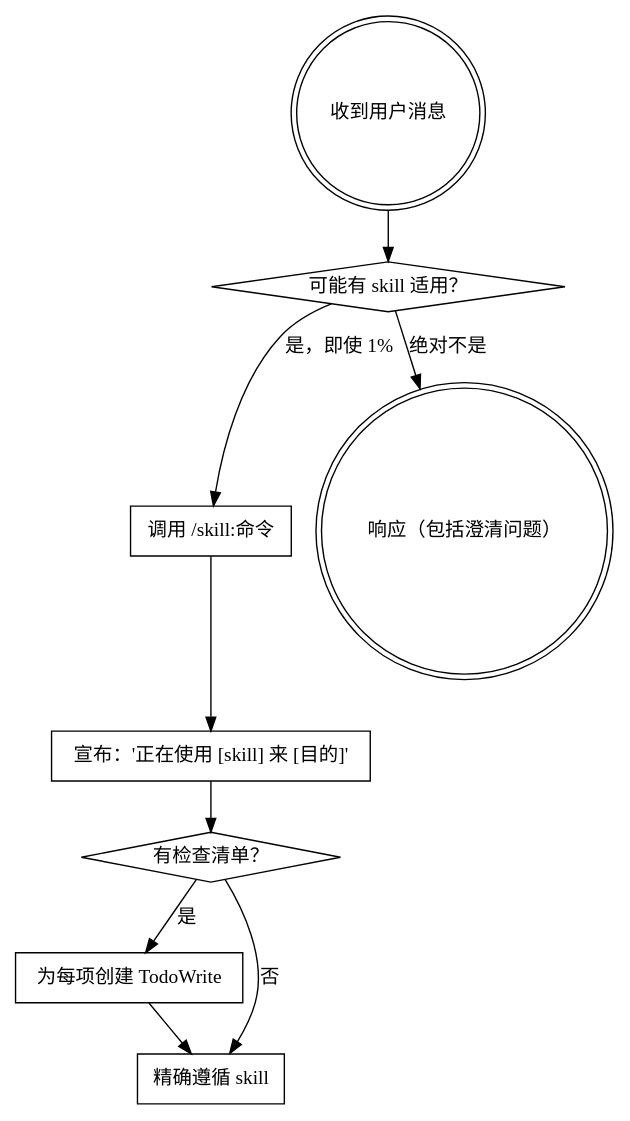
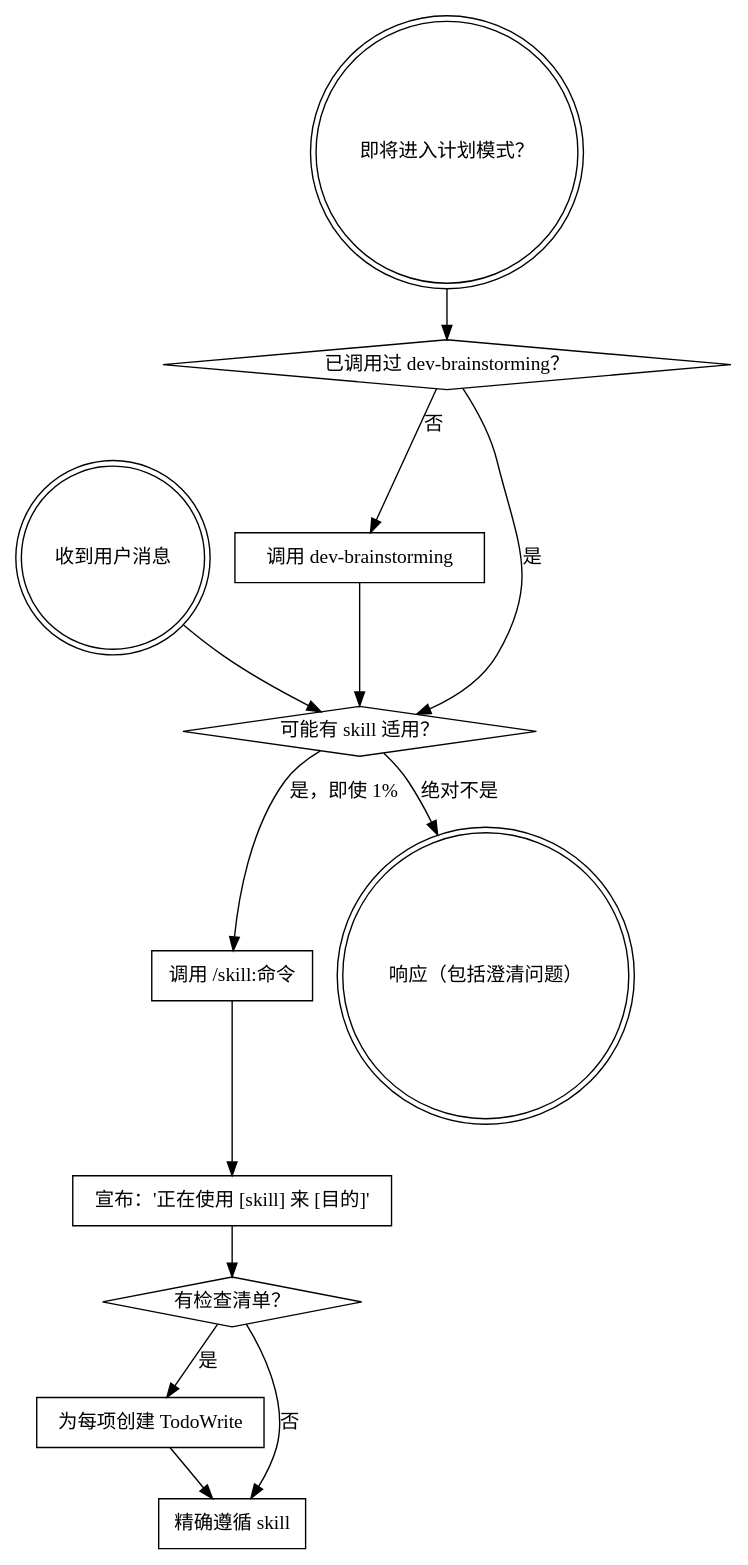
The diagram in skills/dev-using-skills/SKILL.md (moyueheng/coding-everything), drawn with Graphviz before and after one commit. The commit also changed other lines of this file, not shown here.

First line of the commit message:
sync(skills): update dev-using-skills from upstream using-superpowers

````diff
--- a/skills/dev-using-skills/SKILL.md
+++ b/skills/dev-using-skills/SKILL.md
@@ -44,21 +48,29 @@
 ```dot
 digraph skill_flow {
     "收到用户消息" [shape=doublecircle];
+    "即将进入计划模式？" [shape=doublecircle];
+    "已调用过 dev-brainstorming？" [shape=diamond];
+    "调用 dev-brainstorming" [shape=box];
     "可能有 skill 适用？" [shape=diamond];
     "调用 /skill:命令" [shape=box];
     "宣布：'正在使用 [skill] 来 [目的]'" [shape=box];
     "有检查清单？" [shape=diamond];
     "为每项创建 TodoWrite" [shape=box];
     "精确遵循 skill" [shape=box];
     "响应（包括澄清问题）" [shape=doublecircle];
+
+    "即将进入计划模式？" -> "已调用过 dev-brainstorming？";
+    "已调用过 dev-brainstorming？" -> "调用 dev-brainstorming" [label="否"];
+    "已调用过 dev-brainstorming？" -> "可能有 skill 适用？" [label="是"];
+    "调用 dev-brainstorming" -> "可能有 skill 适用？";
 
     "收到用户消息" -> "可能有 skill 适用？";
     "可能有 skill 适用？" -> "调用 /skill:命令" [label="是，即使 1%"];
     "可能有 skill 适用？" -> "响应（包括澄清问题）" [label="绝对不是"];
     "调用 /skill:命令" -> "宣布：'正在使用 [skill] 来 [目的]'";
     "宣布：'正在使用 [skill] 来 [目的]'" -> "有检查清单？";
     "有检查清单？" -> "为每项创建 TodoWrite" [label="是"];
     "有检查清单？" -> "精确遵循 skill" [label="否"];
     "为每项创建 TodoWrite" -> "精确遵循 skill";
 }
 ```
````
